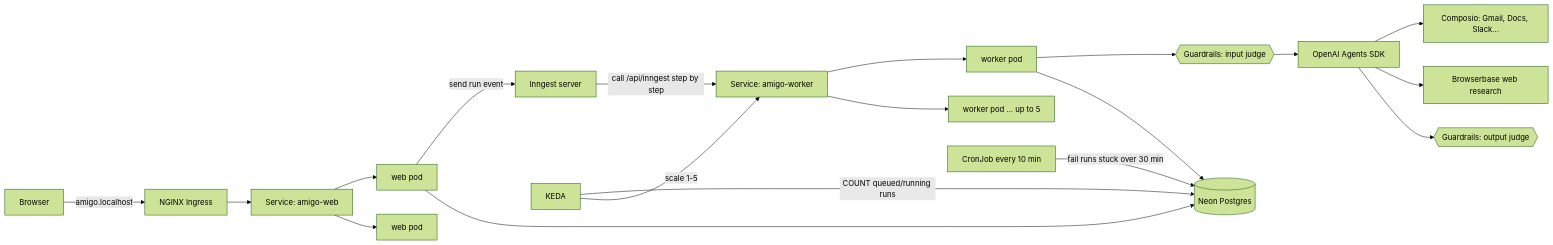
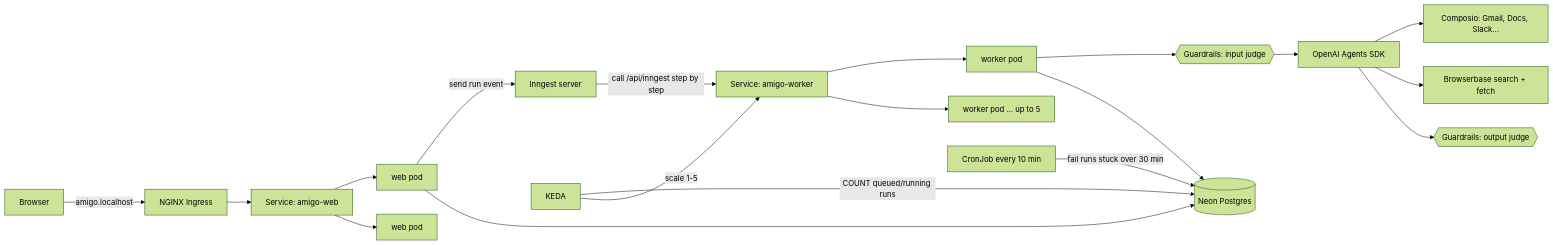
One commit to mueed26/AMIGO-AI changed the diagram in README.md. Above: the diagram before and after it, drawn with Mermaid (forest theme). The commit also changed other lines of this file and 10 other files, not shown here.

First line of the commit message:
Switch web research to Browserbase Search + Fetch and fix guardrail false positives

````diff
--- a/README.md
+++ b/README.md
@@ -24,23 +24,23 @@
 ```mermaid
 flowchart LR
     U[Browser] -->|amigo.localhost| ING[NGINX Ingress]
     ING --> WEBSVC[Service: amigo-web]
     WEBSVC --> W1[web pod]
     WEBSVC --> W2[web pod]
 
     W1 -->|send run event| INN[Inngest server]
     INN -->|call /api/inngest step by step| WKSVC[Service: amigo-worker]
     WKSVC --> K1[worker pod]
     WKSVC --> K2[worker pod ... up to 5]
 
     K1 --> G{{Guardrails: input judge}}
     G --> AG[OpenAI Agents SDK]
     AG --> CMP[Composio: Gmail, Docs, Slack...]
-    AG --> BB[Browserbase web research]
+    AG --> BB[Browserbase search + fetch]
     AG --> G2{{Guardrails: output judge}}
 
     W1 & K1 --> DB[(Neon Postgres)]
     KEDA[KEDA] -->|COUNT queued/running runs| DB
     KEDA -->|scale 1-5| WKSVC
     CRON[CronJob every 10 min] -->|fail runs stuck over 30 min| DB
 ```
````
